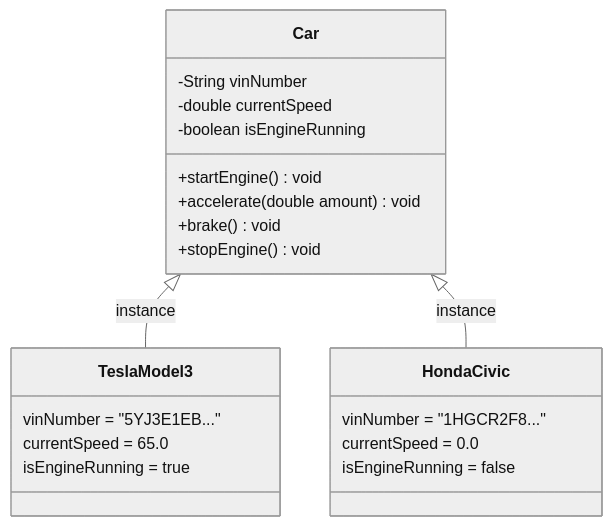
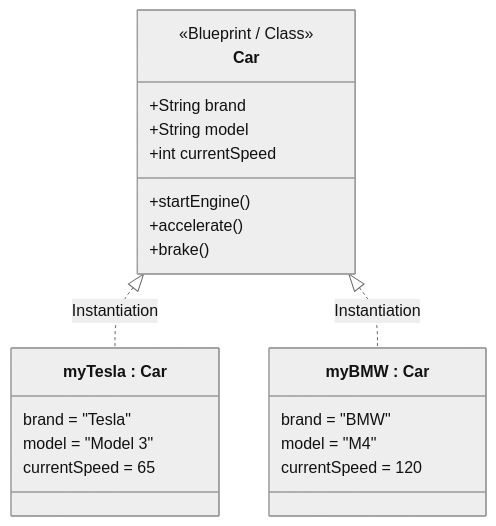
One commit to rohithgowda18/Notes changed the second of 4 diagrams in 04-OOPs-and-Design-Patterns/01-Core-OOPs-and-UML/02-OOPs-Real-World-Examples-Abstraction-Encapsulation.md. Above: the diagram before and after it, drawn with Mermaid (neutral theme). The commit also changed other lines of this file and 17 other files, not shown here.

Commit message:
docs(lld): enrich notes with deep architectural analysis, diagrams, anti-patterns & code

````diff
--- a/04-OOPs-and-Design-Patterns/01-Core-OOPs-and-UML/02-OOPs-Real-World-Examples-Abstraction-Encapsulation.md
+++ b/04-OOPs-and-Design-Patterns/01-Core-OOPs-and-UML/02-OOPs-Real-World-Examples-Abstraction-Encapsulation.md
@@ -14,24 +52,24 @@
 ```mermaid
 classDiagram
     class Car {
-        -String vinNumber
-        -double currentSpeed
-        -boolean isEngineRunning
-        +startEngine() void
-        +accelerate(double amount) void
-        +brake() void
-        +stopEngine() void
+        <<Blueprint / Class>>
+        +String brand
+        +String model
+        +int currentSpeed
+        +startEngine()
+        +accelerate()
+        +brake()
     }
-    class TeslaModel3 {
-        vinNumber = "5YJ3E1EB..."
-        currentSpeed = 65.0
-        isEngineRunning = true
+    class Object1["myTesla : Car"] {
+        brand = "Tesla"
+        model = "Model 3"
+        currentSpeed = 65
     }
-    class HondaCivic {
-        vinNumber = "1HGCR2F8..."
-        currentSpeed = 0.0
-        isEngineRunning = false
+    class Object2["myBMW : Car"] {
+        brand = "BMW"
+        model = "M4"
+        currentSpeed = 120
     }
-    Car <|-- TeslaModel3 : instance
-    Car <|-- HondaCivic : instance
+    Car <|.. Object1 : Instantiation
+    Car <|.. Object2 : Instantiation
 ```
````
